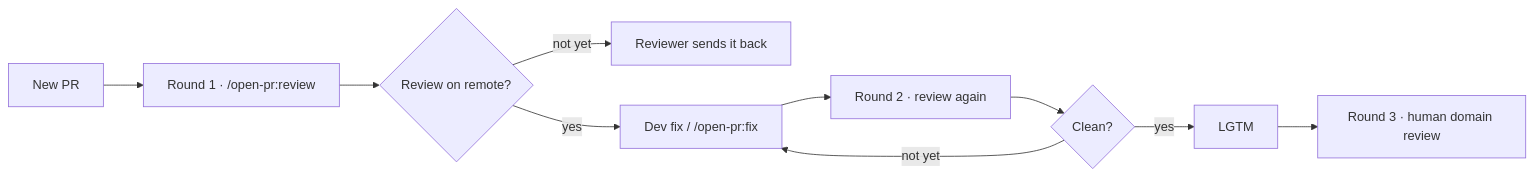
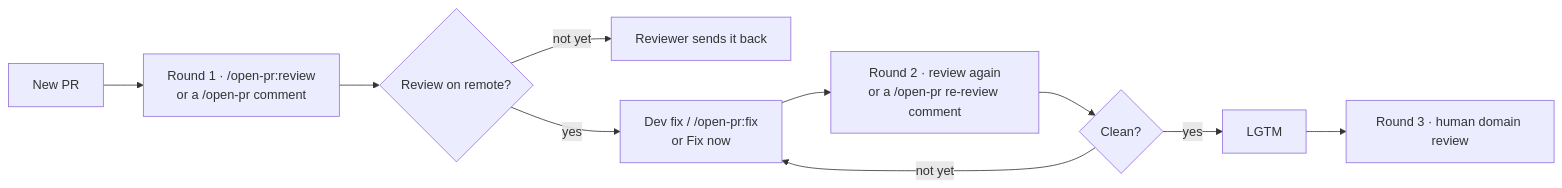
One commit to TOMOSIA-VIETNAM/open-pr changed the diagram in README.md. Above: the diagram before and after it, drawn with Mermaid. The commit also changed other lines of this file and 53 other files, not shown here.

First line of the commit message:
feat(watch): /open-pr:watch review and fix roles, and /open-pr:menubar (#143)

````diff
--- a/README.md
+++ b/README.md
@@ -122,12 +123,12 @@
 ```mermaid
 flowchart LR
-  A[New PR] --> B["Round 1 · /open-pr:review"]
+  A[New PR] --> B["Round 1 · /open-pr:review<br/>or a /open-pr comment"]
   B --> C{Review on remote?}
   C -- not yet --> D[Reviewer sends it back]
-  C -- yes --> E[Dev fix / /open-pr:fix]
-  E --> F["Round 2 · review again"]
+  C -- yes --> E["Dev fix / /open-pr:fix<br/>or Fix now"]
+  E --> F["Round 2 · review again<br/>or a /open-pr re-review comment"]
   F --> G{Clean?}
   G -- yes --> H[LGTM]
   G -- not yet --> E
   H --> I[Round 3 · human domain review]
 ```
````
